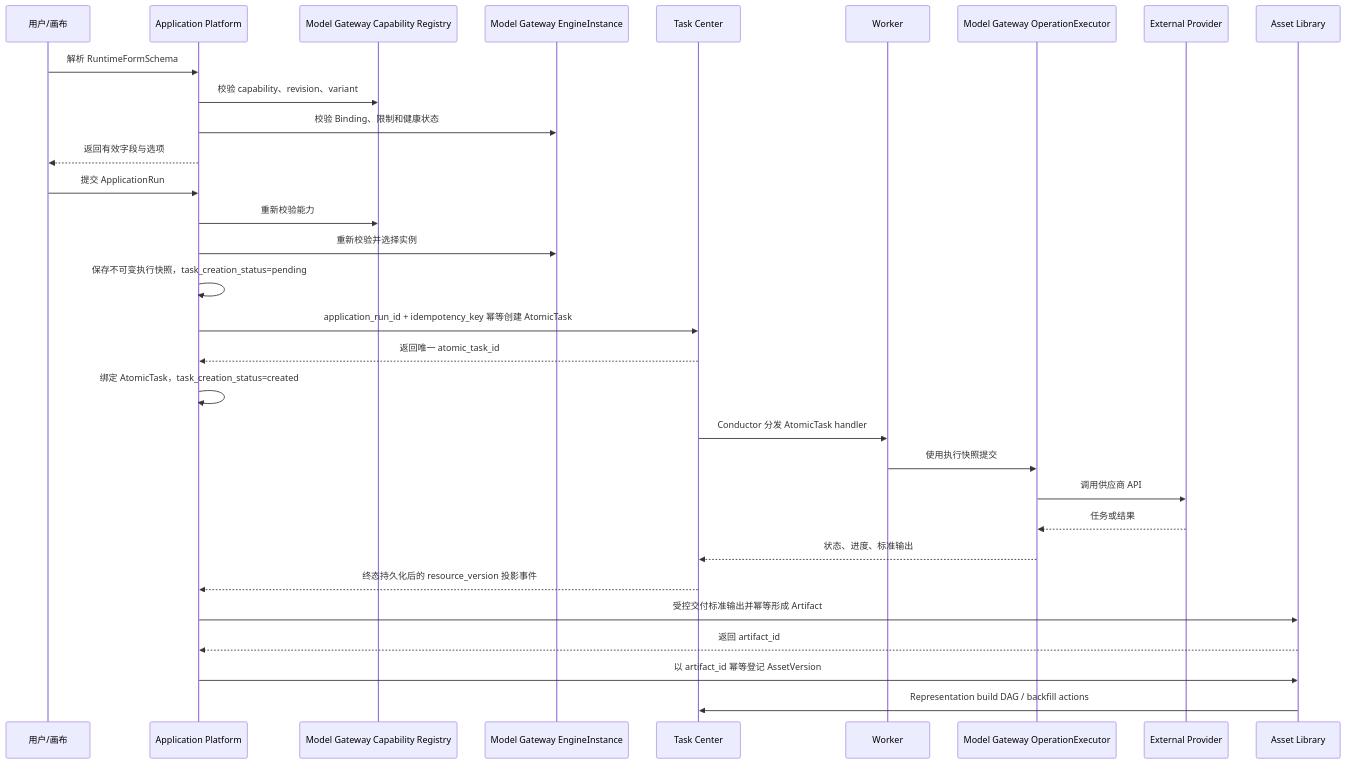
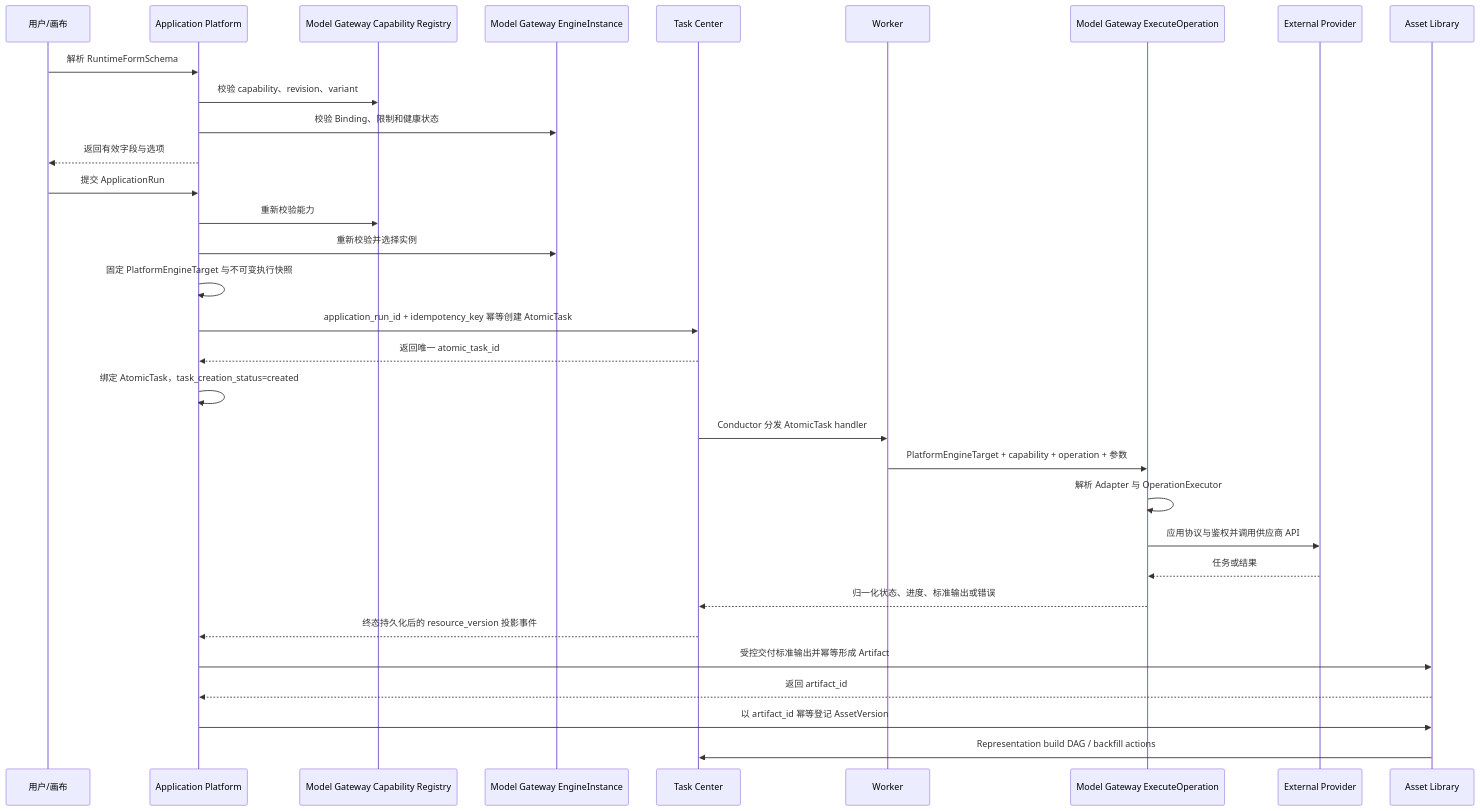
Before and after one commit to wangweihong/omnimam-spec: the second of 2 diagrams in 02_architecture/domains/application-platform.md, drawn with Mermaid. The commit also changed other lines of this file and 43 other files, not shown here.

Commit message:
spec: unify user model and model gateway

````diff
--- a/02_architecture/domains/application-platform.md
+++ b/02_architecture/domains/application-platform.md
@@ -69,34 +69,35 @@
 ```mermaid
 sequenceDiagram
     participant User as 用户/画布
     participant App as Application Platform
     participant Registry as Model Gateway Capability Registry
     participant Engine as Model Gateway EngineInstance
     participant Task as Task Center
     participant Worker as Worker
-    participant Exec as Model Gateway OperationExecutor
+    participant Gateway as Model Gateway ExecuteOperation
     participant Provider as External Provider
     participant Asset as Asset Library
 
     User->>App: 解析 RuntimeFormSchema
     App->>Registry: 校验 capability、revision、variant
     App->>Engine: 校验 Binding、限制和健康状态
     App-->>User: 返回有效字段与选项
     User->>App: 提交 ApplicationRun
     App->>Registry: 重新校验能力
     App->>Engine: 重新校验并选择实例
-    App->>App: 保存不可变执行快照，task_creation_status=pending
+    App->>App: 固定 PlatformEngineTarget 与不可变执行快照
     App->>Task: application_run_id + idempotency_key 幂等创建 AtomicTask
     Task-->>App: 返回唯一 atomic_task_id
     App->>App: 绑定 AtomicTask，task_creation_status=created
     Task->>Worker: Conductor 分发 AtomicTask handler
-    Worker->>Exec: 使用执行快照提交
-    Exec->>Provider: 调用供应商 API
-    Provider-->>Exec: 任务或结果
-    Exec-->>Task: 状态、进度、标准输出
+    Worker->>Gateway: PlatformEngineTarget + capability + operation + 参数
+    Gateway->>Gateway: 解析 Adapter 与 OperationExecutor
+    Gateway->>Provider: 应用协议与鉴权并调用供应商 API
+    Provider-->>Gateway: 任务或结果
+    Gateway-->>Task: 归一化状态、进度、标准输出或错误
     Task-->>App: 终态持久化后的 resource_version 投影事件
     App->>Asset: 受控交付标准输出并幂等形成 Artifact
     Asset-->>App: 返回 artifact_id
     App->>Asset: 以 artifact_id 幂等登记 AssetVersion
     Asset->>Task: Representation build DAG / backfill actions
 ```
````
